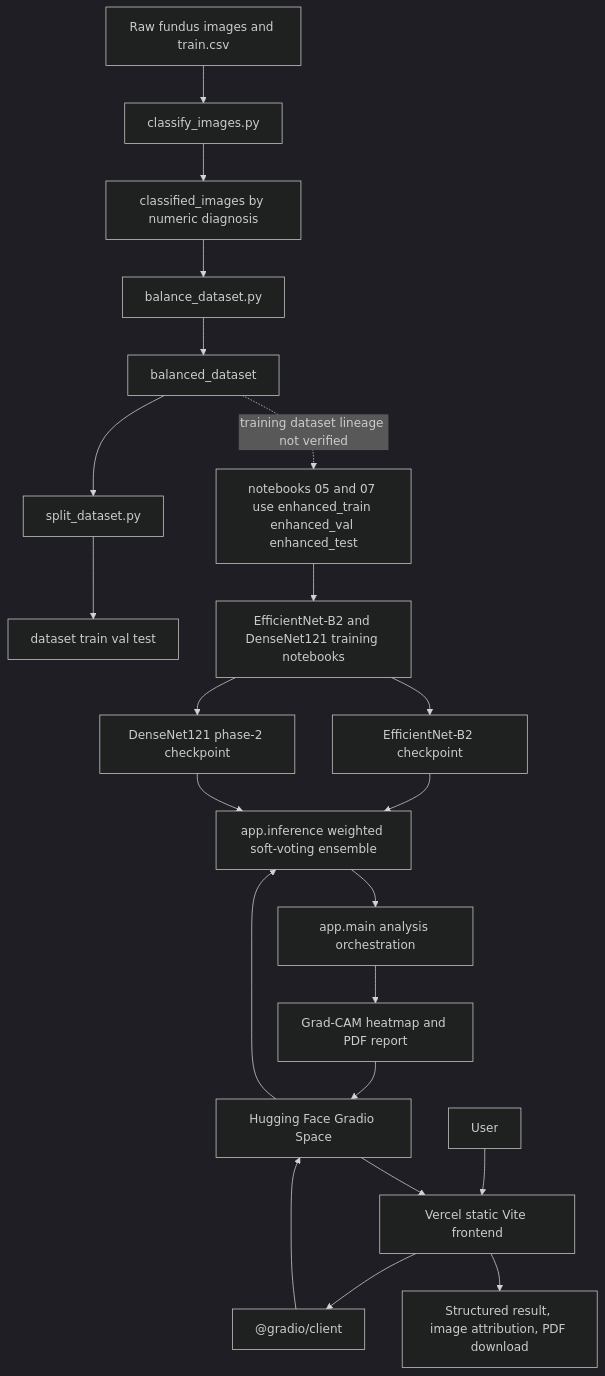
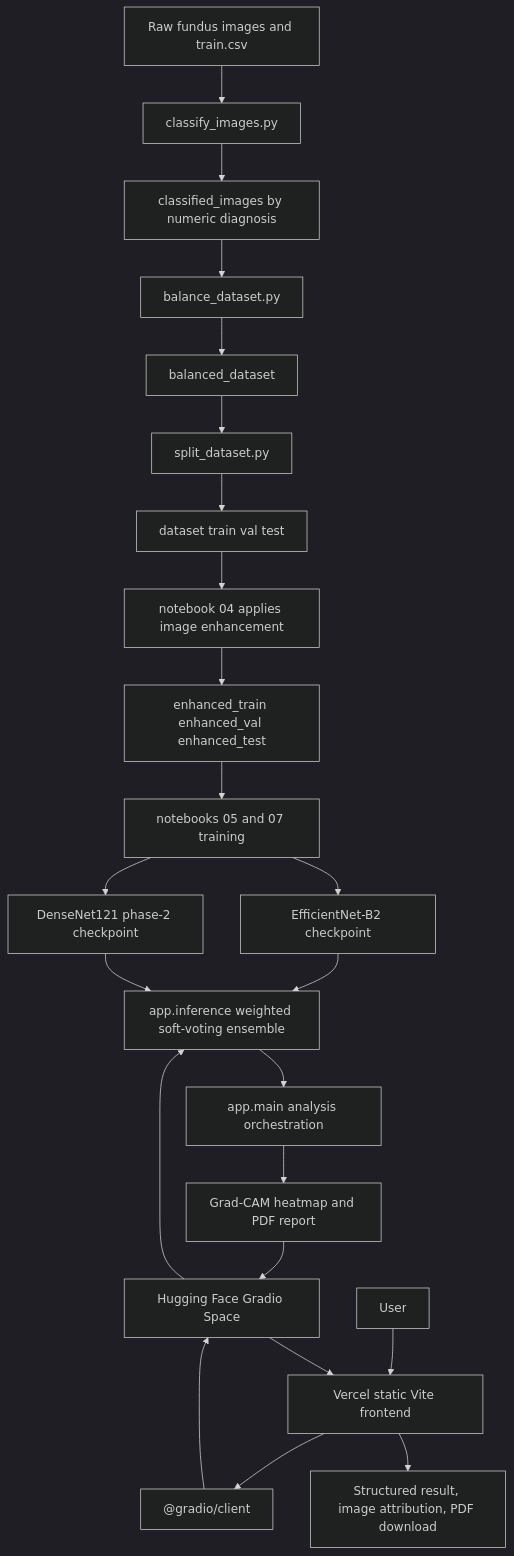
Before and after one commit to 01mayankk/retinascan-ai: the diagram in README.md, drawn with Mermaid (dark theme). The commit also changed other lines of this file and 8 other files, not shown here.

````diff
--- a/README.md
+++ b/README.md
@@ -16,24 +16,25 @@
 ```mermaid
 flowchart TD
     A[Raw fundus images and train.csv] --> B[classify_images.py]
     B --> C[classified_images by numeric diagnosis]
     C --> D[balance_dataset.py]
     D --> E[balanced_dataset]
     E --> F[split_dataset.py]
     F --> G[dataset train val test]
-    E -. "training dataset lineage not verified" .-> H[notebooks 05 and 07 use enhanced_train enhanced_val enhanced_test]
-    H --> I[EfficientNet-B2 and DenseNet121 training notebooks]
-    I --> J[EfficientNet-B2 checkpoint]
-    I --> K[DenseNet121 phase-2 checkpoint]
-    J --> L[app.inference weighted soft-voting ensemble]
-    K --> L
-    L --> M[app.main analysis orchestration]
-    M --> N[Grad-CAM heatmap and PDF report]
-    O[User] --> P[Vercel static Vite frontend]
-    P --> Q["@gradio/client"]
-    Q --> R[Hugging Face Gradio Space]
-    R --> L
-    N --> R
-    R --> P
-    P --> S[Structured result, image attribution, PDF download]
+    G --> H[notebook 04 applies image enhancement]
+    H --> I[enhanced_train enhanced_val enhanced_test]
+    I --> J[notebooks 05 and 07 training]
+    J --> K[EfficientNet-B2 checkpoint]
+    J --> L[DenseNet121 phase-2 checkpoint]
+    K --> M[app.inference weighted soft-voting ensemble]
+    L --> M
+    M --> N[app.main analysis orchestration]
+    N --> O[Grad-CAM heatmap and PDF report]
+    P[User] --> Q[Vercel static Vite frontend]
+    Q --> R["@gradio/client"]
+    R --> S[Hugging Face Gradio Space]
+    S --> M
+    O --> S
+    S --> Q
+    Q --> T[Structured result, image attribution, PDF download]
 ```
````
